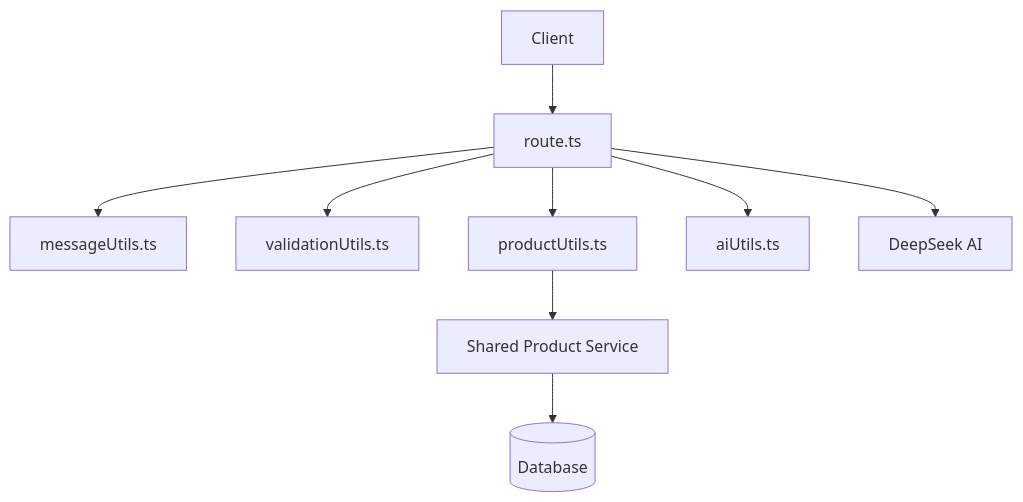
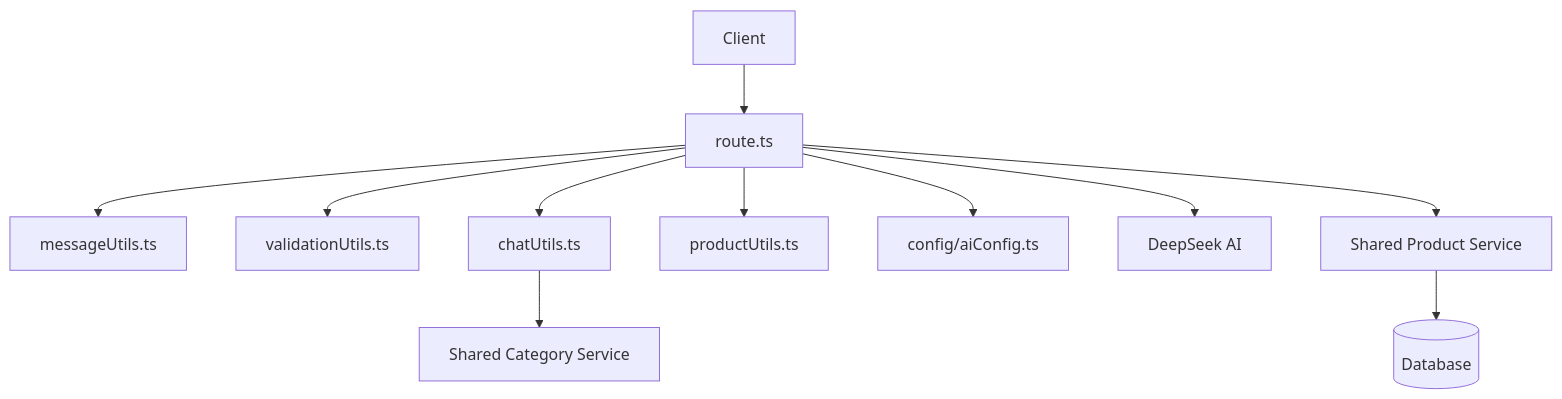
Before and after one commit to dennisvaga/bodyfuel: the diagram in apps/shop/src/app/api/chat/README.md, drawn with Mermaid. The commit also changed other lines of this file and 6 other files, not shown here.

Commit message:
feat: Revise chat API documentation and restructure utility modules; add AI configuration and validation schemas

````diff
--- a/apps/shop/src/app/api/chat/README.md
+++ b/apps/shop/src/app/api/chat/README.md
@@ -25,11 +27,13 @@
 ```mermaid
 flowchart TD
     Client[Client] --> Route[route.ts]
     Route --> MessageUtils[messageUtils.ts]
     Route --> ValidationUtils[validationUtils.ts]
+    Route --> ChatUtils[chatUtils.ts]
     Route --> ProductUtils[productUtils.ts]
-    Route --> AIUtils[aiUtils.ts]
+    Route --> AIConfig[config/aiConfig.ts]
     Route --> AI[DeepSeek AI]
-    ProductUtils --> ProductService[Shared Product Service]
+    ChatUtils --> CategoryService[Shared Category Service]
+    Route --> ProductService[Shared Product Service]
     ProductService --> Database[(Database)]
 ```
````
